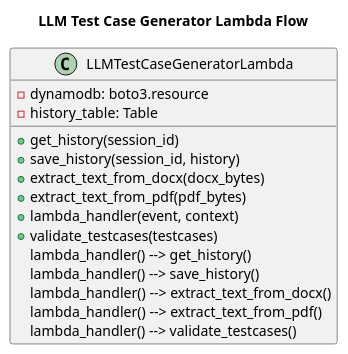
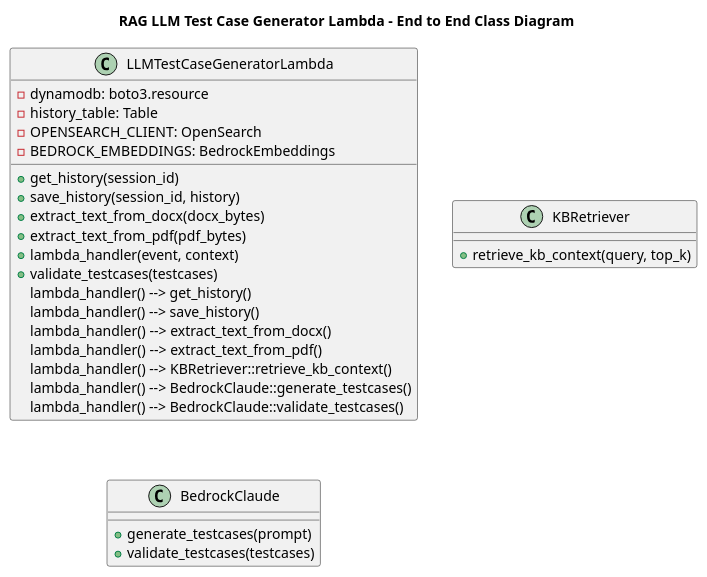
One commit to pavanchanduri/RAGChatbot changed the diagram in llmtestcasegenerator/UML Diagrams/llmtestcasegenerator.puml. Above: the diagram before and after it, drawn with PlantUML. The commit also changed other lines of this file and 4 other files, not shown here.

Commit message:
Modified LLM Testcase generator implementation

```diff
--- a/llmtestcasegenerator/UML Diagrams/llmtestcasegenerator.puml
+++ b/llmtestcasegenerator/UML Diagrams/llmtestcasegenerator.puml
@@ -1,19 +2,34 @@
-@startuml LLMTestCaseGenerator
-title LLM Test Case Generator Lambda Flow
+@startuml LLMTestCaseGeneratorClass
+title RAG LLM Test Case Generator Lambda - End to End Class Diagram
+
 class LLMTestCaseGeneratorLambda {
     - dynamodb: boto3.resource
     - history_table: Table
+    - OPENSEARCH_CLIENT: OpenSearch
+    - BEDROCK_EMBEDDINGS: BedrockEmbeddings
     + get_history(session_id)
     + save_history(session_id, history)
     + extract_text_from_docx(docx_bytes)
     + extract_text_from_pdf(pdf_bytes)
     + lambda_handler(event, context)
     + validate_testcases(testcases)
 }
 
+class KBRetriever {
+    + retrieve_kb_context(query, top_k)
+}
+
+class BedrockClaude {
+    + generate_testcases(prompt)
+    + validate_testcases(testcases)
+}
+
 LLMTestCaseGeneratorLambda : lambda_handler() --> get_history()
 LLMTestCaseGeneratorLambda : lambda_handler() --> save_history()
 LLMTestCaseGeneratorLambda : lambda_handler() --> extract_text_from_docx()
 LLMTestCaseGeneratorLambda : lambda_handler() --> extract_text_from_pdf()
-LLMTestCaseGeneratorLambda : lambda_handler() --> validate_testcases()
+LLMTestCaseGeneratorLambda : lambda_handler() --> KBRetriever::retrieve_kb_context()
+LLMTestCaseGeneratorLambda : lambda_handler() --> BedrockClaude::generate_testcases()
+LLMTestCaseGeneratorLambda : lambda_handler() --> BedrockClaude::validate_testcases()
+
 @enduml
```
